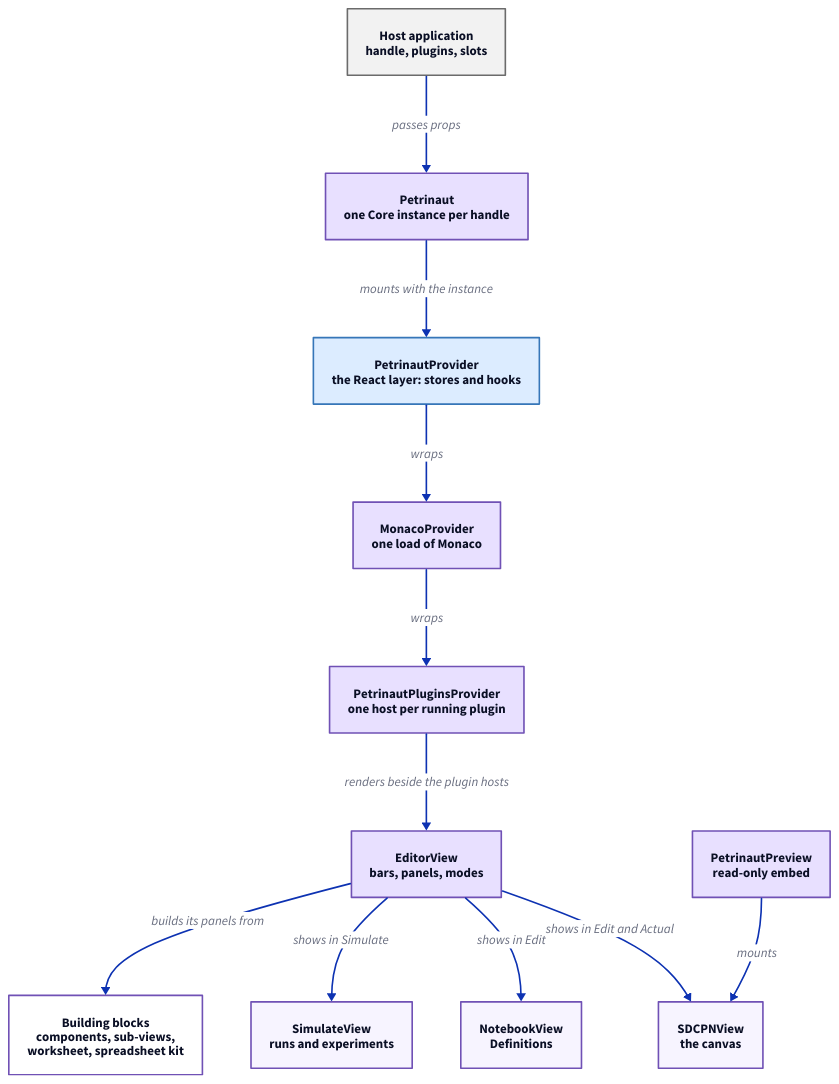
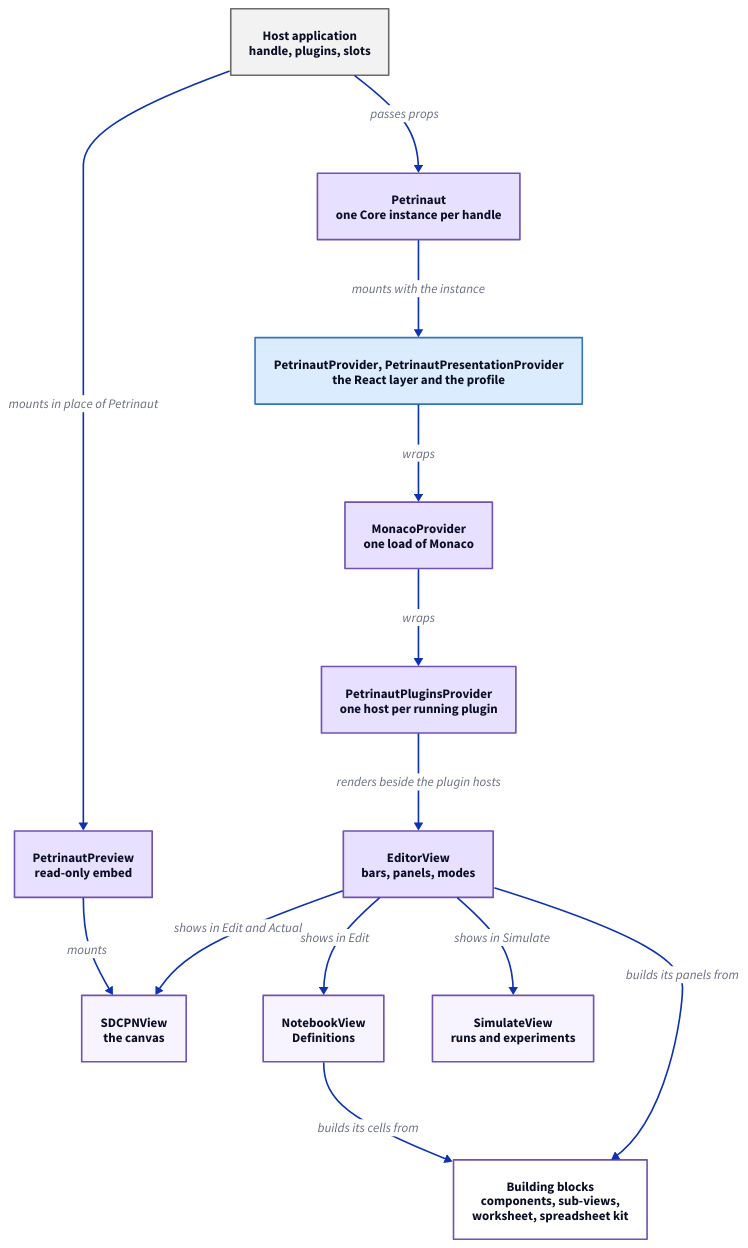
The diagram in libs/@hashintel/petrinaut/src/ui/ui-layer.d2 (hashintel/hash), drawn with D2 before and after one commit. The commit also changed 1 other file, not shown here.

Commit message:
FE-2319: Correct the UI layer guide
List every wrapper Petrinaut mounts, say where the panels depart from the
naming rule, and state the two rules as the code holds them.

```diff
--- a/libs/@hashintel/petrinaut/src/ui/ui-layer.d2
+++ b/libs/@hashintel/petrinaut/src/ui/ui-layer.d2
@@ -1,26 +1,28 @@
 # Hand-written; rendered by the arch-docs build. React components use the
 # purple palette, the host the grey one.
 direction: down
 
 host: "Host application\nhandle, plugins, slots" {style.fill: "#f2f2f2"; style.stroke: "#6b6b6b"}
 petrinaut: "Petrinaut\none Core instance per handle" {style.fill: "#e8e0ff"; style.stroke: "#7051b5"}
-provider: "PetrinautProvider\nthe React layer: stores and hooks" {style.fill: "#dcecff"; style.stroke: "#3676b8"}
+provider: "PetrinautProvider, PetrinautPresentationProvider\nthe React layer and the profile" {style.fill: "#dcecff"; style.stroke: "#3676b8"}
 monaco: "MonacoProvider\none load of Monaco" {style.fill: "#e8e0ff"; style.stroke: "#7051b5"}
 plugins: "PetrinautPluginsProvider\none host per running plugin" {style.fill: "#e8e0ff"; style.stroke: "#7051b5"}
 editor: "EditorView\nbars, panels, modes" {style.fill: "#e8e0ff"; style.stroke: "#7051b5"}
 canvas: "SDCPNView\nthe canvas" {style.fill: "#f7f4ff"; style.stroke: "#7051b5"}
 notebook: "NotebookView\nDefinitions" {style.fill: "#f7f4ff"; style.stroke: "#7051b5"}
 simulate: "SimulateView\nruns and experiments" {style.fill: "#f7f4ff"; style.stroke: "#7051b5"}
 preview: "PetrinautPreview\nread-only embed" {style.fill: "#e8e0ff"; style.stroke: "#7051b5"}
 blocks: "Building blocks\ncomponents, sub-views,\nworksheet, spreadsheet kit" {style.fill: "#ffffff"; style.stroke: "#7051b5"}
 
 host -> petrinaut: "passes props"
+host -> preview: "mounts in place of Petrinaut"
 petrinaut -> provider: "mounts with the instance"
 provider -> monaco: "wraps"
 monaco -> plugins: "wraps"
 plugins -> editor: "renders beside the plugin hosts"
 editor -> canvas: "shows in Edit and Actual"
 editor -> notebook: "shows in Edit"
 editor -> simulate: "shows in Simulate"
 preview -> canvas: "mounts"
 editor -> blocks: "builds its panels from"
+notebook -> blocks: "builds its cells from"
```
